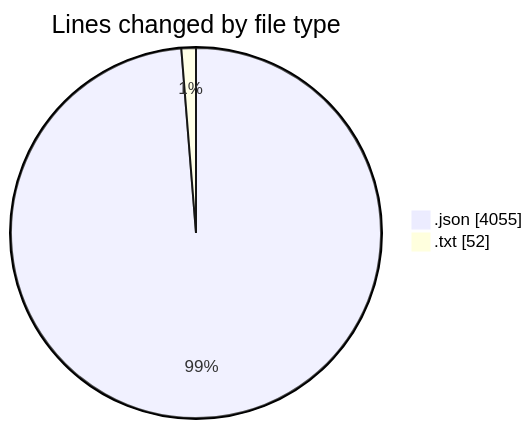
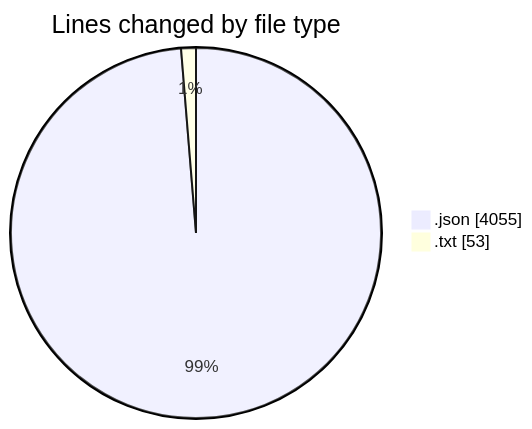
One commit to EIIisD/code-tracking changed the first of 2 diagrams in 2025-08-15/_claude/README.md. Above: the diagram before and after it, drawn with Mermaid. The commit also changed other lines of this file and 1 other file, not shown here.

````diff
--- a/2025-08-15/_claude/README.md
+++ b/2025-08-15/_claude/README.md
@@ -22,6 +23,6 @@
 ```mermaid
 pie showData
 title Lines changed by file type
 ".json" : 4055
-".txt" : 52
+".txt" : 53
 ```
````
